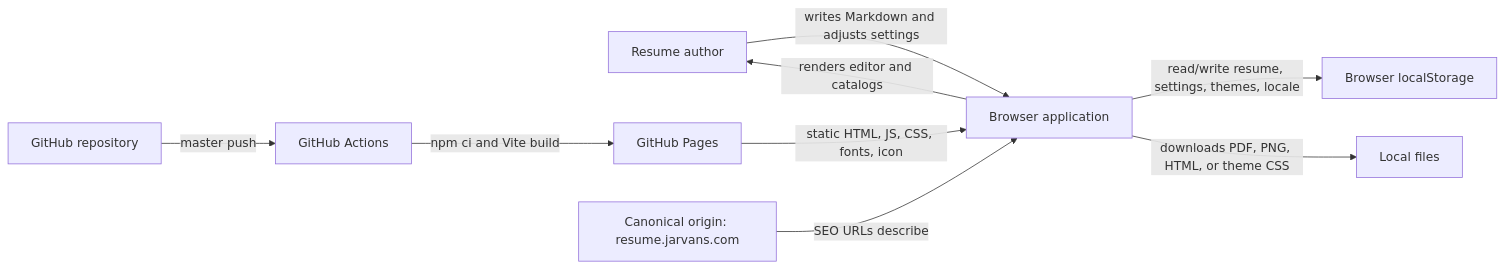
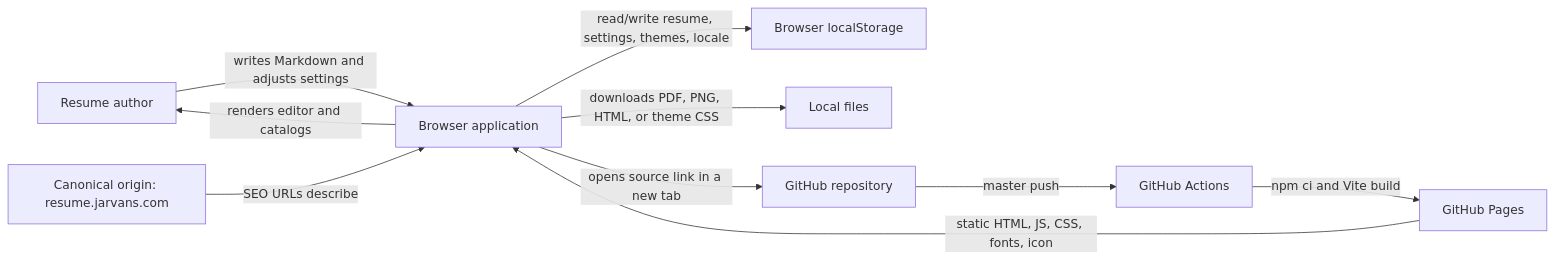
Before and after one commit to jarvanstack/markdown-to-resume: the first of 7 diagrams in docs/knowledge-graph.md, drawn with Mermaid. The commit also changed other lines of this file and 7 other files, not shown here.

Commit message:
Add shared GitHub repository links to header actions

````diff
--- a/docs/knowledge-graph.md
+++ b/docs/knowledge-graph.md
@@ -14,11 +14,12 @@
 ```mermaid
 flowchart LR
     User["Resume author"] -->|"writes Markdown and adjusts settings"| Browser["Browser application"]
     Browser -->|"renders editor and catalogs"| User
     Browser -->|"read/write resume, settings, themes, locale"| LocalStorage["Browser localStorage"]
     Browser -->|"downloads PDF, PNG, HTML, or theme CSS"| Downloads["Local files"]
+    Browser -->|"opens source link in a new tab"| GitHub
     GitHub["GitHub repository"] -->|"master push"| Actions["GitHub Actions"]
     Actions -->|"npm ci and Vite build"| Pages["GitHub Pages"]
     Pages -->|"static HTML, JS, CSS, fonts, icon"| Browser
     Canonical["Canonical origin: resume.jarvans.com"] -->|"SEO URLs describe"| Browser
 ```
````
